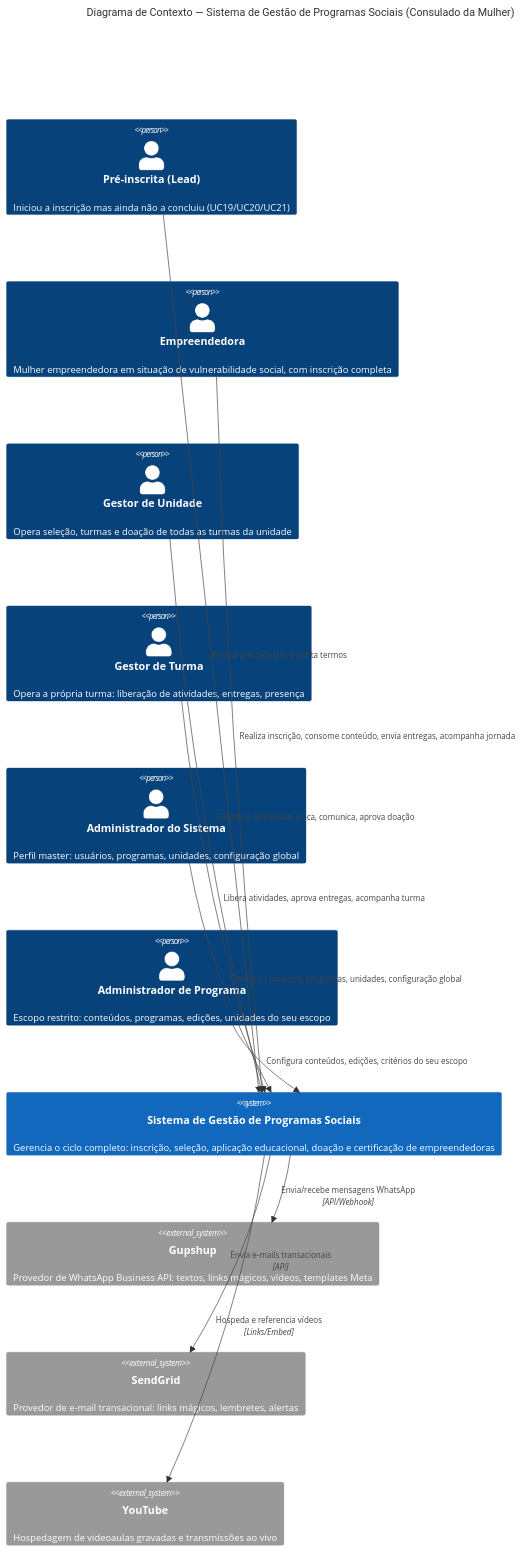
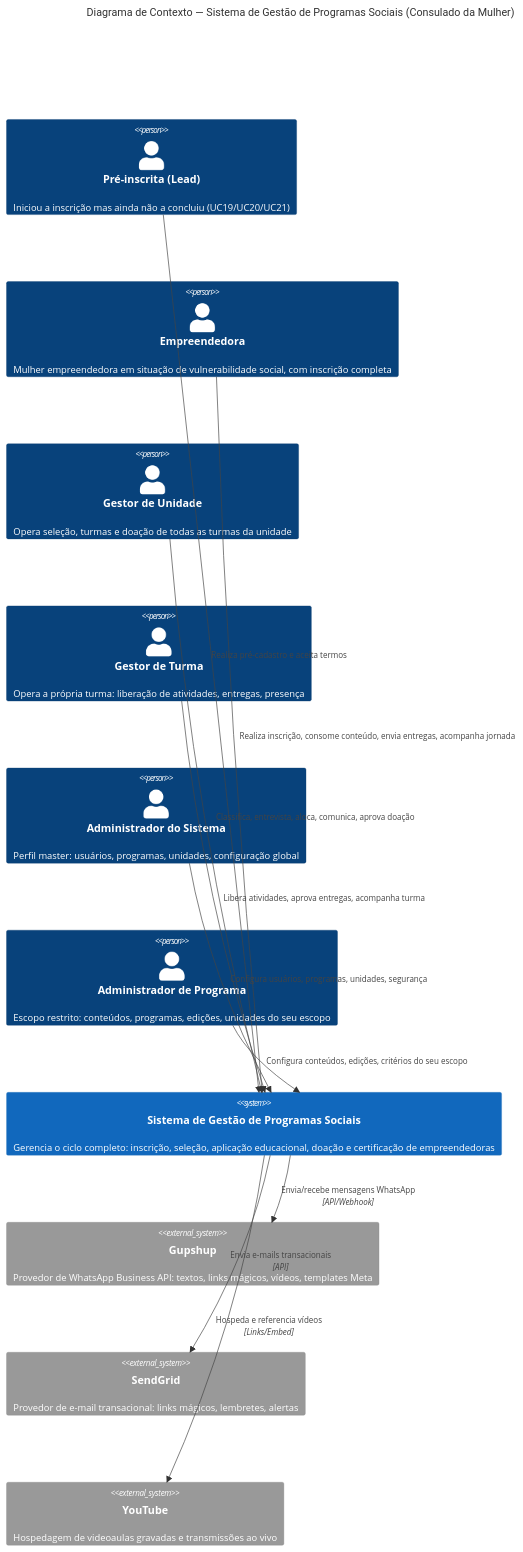
One commit to luciorogeriosp/cm_documentacao changed the second of 2 diagrams in docs/arquitetura/c4/nivel1/c4-nivel1-contexto.md. Above: the diagram before and after it, drawn with Mermaid. The commit also changed other lines of this file and 34 other files, not shown here.

First line of the commit message:
docs(architecture): revalidate C4 diagrams against homolog stack

````diff
--- a/docs/arquitetura/c4/nivel1/c4-nivel1-contexto.md
+++ b/docs/arquitetura/c4/nivel1/c4-nivel1-contexto.md
@@ -49,28 +49,28 @@
 ```mermaid
 C4Context
     title Diagrama de Contexto — Sistema de Gestão de Programas Sociais (Consulado da Mulher)
 
     Person(leadPerson, "Pré-inscrita (Lead)", "Iniciou a inscrição mas ainda não a concluiu (UC19/UC20/UC21)")
     Person(empreendedora, "Empreendedora", "Mulher empreendedora em situação de vulnerabilidade social, com inscrição completa")
     Person(gestorUnidade, "Gestor de Unidade", "Opera seleção, turmas e doação de todas as turmas da unidade")
     Person(gestorTurma, "Gestor de Turma", "Opera a própria turma: liberação de atividades, entregas, presença")
     Person(adminSistema, "Administrador do Sistema", "Perfil master: usuários, programas, unidades, configuração global")
     Person(adminPrograma, "Administrador de Programa", "Escopo restrito: conteúdos, programas, edições, unidades do seu escopo")
 
     System(sistema, "Sistema de Gestão de Programas Sociais", "Gerencia o ciclo completo: inscrição, seleção, aplicação educacional, doação e certificação de empreendedoras")
 
     System_Ext(gupshup, "Gupshup", "Provedor de WhatsApp Business API: textos, links mágicos, vídeos, templates Meta")
     System_Ext(sendgrid, "SendGrid", "Provedor de e-mail transacional: links mágicos, lembretes, alertas")
     System_Ext(youtube, "YouTube", "Hospedagem de videoaulas gravadas e transmissões ao vivo")
 
     Rel(leadPerson, sistema, "Realiza pré-cadastro e aceita termos")
     Rel(empreendedora, sistema, "Realiza inscrição, consome conteúdo, envia entregas, acompanha jornada")
     Rel(gestorUnidade, sistema, "Classifica, entrevista, aloca, comunica, aprova doação")
     Rel(gestorTurma, sistema, "Libera atividades, aprova entregas, acompanha turma")
-    Rel(adminSistema, sistema, "Configura usuários, programas, unidades, configuração global")
+    Rel(adminSistema, sistema, "Configura usuários, programas, unidades, segurança")
     Rel(adminPrograma, sistema, "Configura conteúdos, edições, critérios do seu escopo")
 
     Rel(sistema, gupshup, "Envia/recebe mensagens WhatsApp", "API/Webhook")
     Rel(sistema, sendgrid, "Envia e-mails transacionais", "API")
     Rel(sistema, youtube, "Hospeda e referencia vídeos", "Links/Embed")
 ```
````
